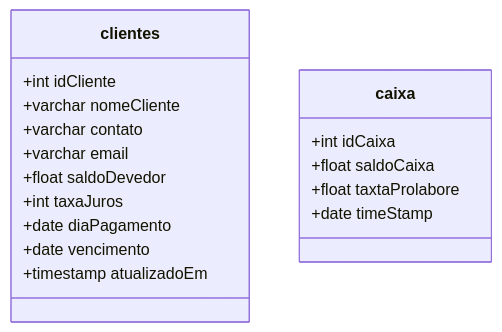
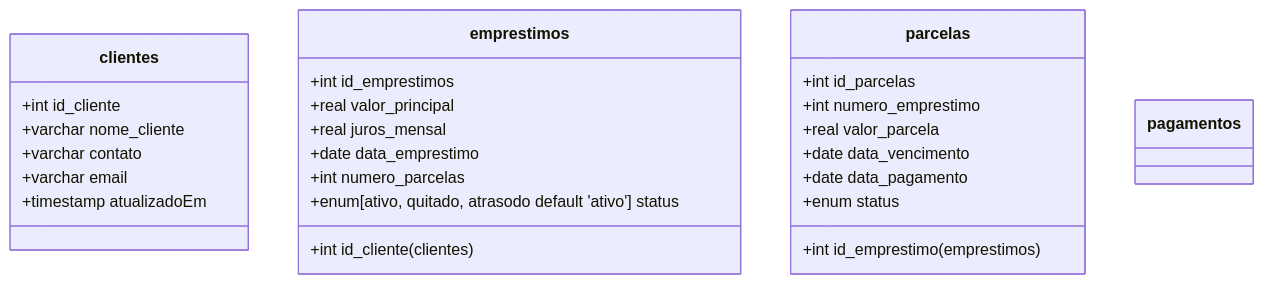
Before and after one commit to GstavRocha/SmartFinanancialControl: the diagram in data/db.md, drawn with Mermaid.

````diff
--- a/data/db.md
+++ b/data/db.md
@@ -3,20 +3,34 @@
 ```mermaid
 classDiagram
-    class clientes
-    clientes: +int idCliente
-    clientes: +varchar nomeCliente
-    clientes: +varchar contato
-    clientes: +varchar email
-    clientes: +float saldoDevedor
-    clientes: +int taxaJuros
-    clientes: +date diaPagamento
-    clientes: +date vencimento
-    clientes: +timestamp atualizadoEm
+    class clientes{
+        +int id_cliente
+        +varchar nome_cliente
+        +varchar contato
+        +varchar email
+        +timestamp atualizadoEm
+    }
 
-    class caixa
-    caixa: +int idCaixa
-    caixa: +float saldoCaixa
-    caixa: +float taxtaProlabore
-    caixa: +date timeStamp
+    class emprestimos{
+        +int id_emprestimos
+        +real valor_principal
+        +real juros_mensal
+        +date data_emprestimo
+        +int numero_parcelas
+        +enum[ativo, quitado, atrasodo default 'ativo'] status
+        +int id_cliente(clientes)
+    }
+
+    class parcelas{
+        +int id_parcelas
+        +int numero_emprestimo
+        +real valor_parcela
+        +date data_vencimento
+        +date data_pagamento
+        +enum status
+        +int id_emprestimo(emprestimos)
+    }
+    class pagamentos{
+        
+    }
 
 ```
````
